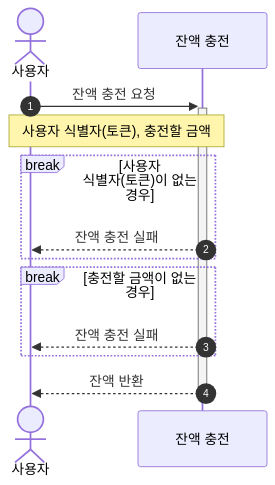
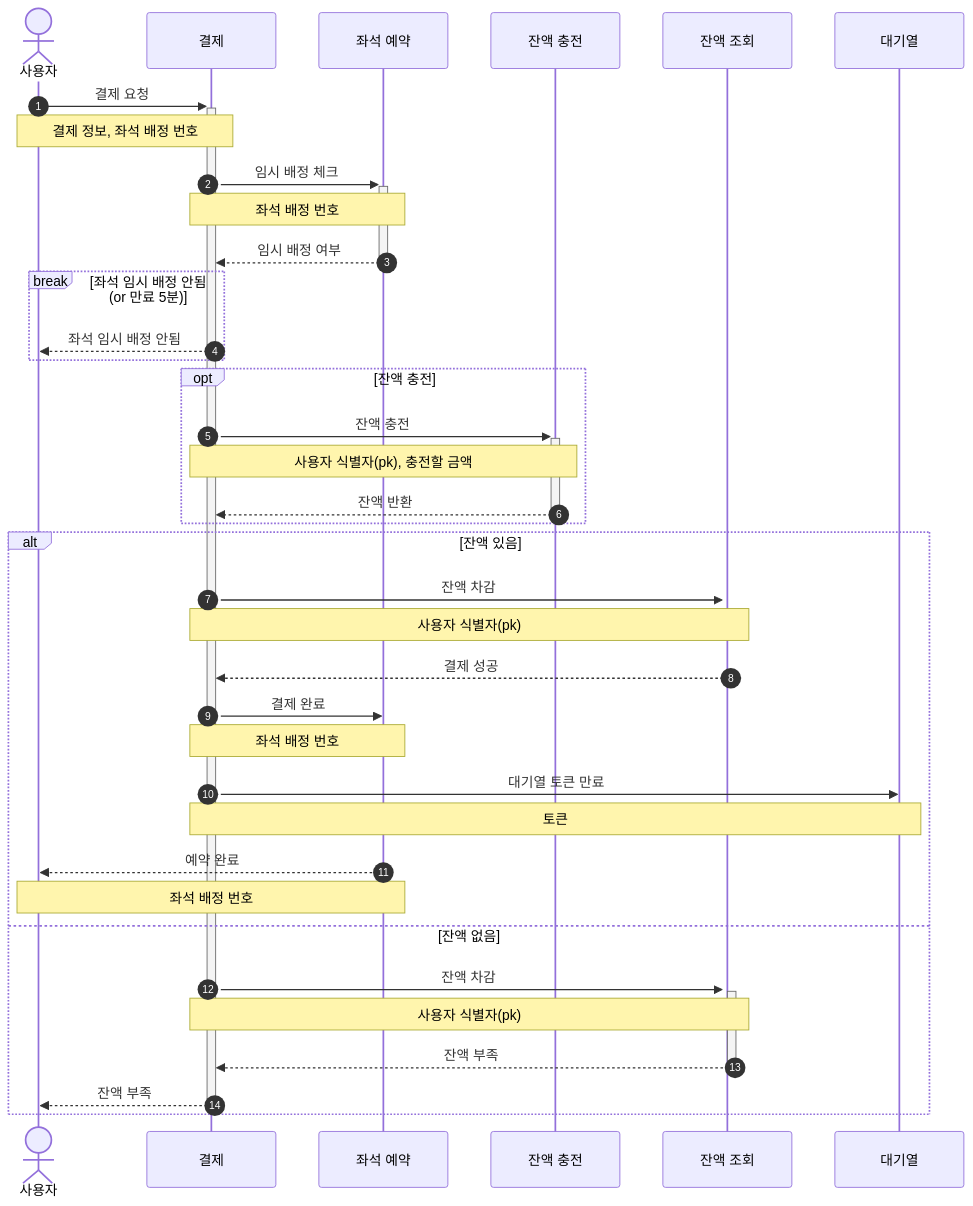
One commit to kdelay/Concert-Booking changed the eighth of 8 diagrams in README.md. Above: the diagram before and after it, drawn with Mermaid. The commit also changed other lines of this file, not shown here.

Commit message:
docs: [#1] 사용자 식별자 수정, 잔액 충전/조회 시퀀스 분리

````diff
--- a/README.md
+++ b/README.md
@@ -177,18 +171,38 @@
 ```mermaid
 sequenceDiagram
     autonumber
     actor 사용자
     
-    사용자 ->>+ 잔액 충전: 잔액 충전 요청
-    Note over 사용자, 잔액 충전: 사용자 식별자(토큰), 충전할 금액
-
-    break 사용자 식별자(토큰)이 없는 경우
-        잔액 충전 -->> 사용자: 잔액 충전 실패
+    사용자 ->>+ 결제: 결제 요청
+    Note over 사용자, 결제: 결제 정보, 좌석 배정 번호
+    결제 ->>+ 좌석 예약: 임시 배정 체크
+    Note over 결제, 좌석 예약: 좌석 배정 번호
+    좌석 예약 -->>- 결제: 임시 배정 여부
+    
+    break 좌석 임시 배정 안됨 (or 만료 5분)
+        결제 -->> 사용자: 좌석 임시 배정 안됨
     end
     
-    break 충전할 금액이 없는 경우
-        잔액 충전 -->> 사용자: 잔액 충전 실패
+    opt 잔액 충전
+      결제 ->>+ 잔액 충전: 잔액 충전
+      Note over 결제, 잔액 충전: 사용자 식별자(pk), 충전할 금액
+      잔액 충전 -->>- 결제: 잔액 반환
     end
     
-    잔액 충전 -->>- 사용자: 잔액 반환
+    alt 잔액 있음
+        결제 ->>+ 잔액 조회: 잔액 차감
+        Note over 결제, 잔액 조회: 사용자 식별자(pk)
+        잔액 조회 -->> 결제: 결제 성공
+        결제 ->> 좌석 예약: 결제 완료
+        Note over 결제, 좌석 예약: 좌석 배정 번호
+        결제 ->> 대기열: 대기열 토큰 만료
+        Note over 결제, 대기열: 토큰
+        좌석 예약 -->> 사용자: 예약 완료
+        Note over 사용자, 좌석 예약: 좌석 배정 번호
+    else 잔액 없음
+        결제 ->>+ 잔액 조회: 잔액 차감
+        Note over 결제, 잔액 조회: 사용자 식별자(pk)
+        잔액 조회 -->>- 결제: 잔액 부족
+        결제 -->>- 사용자: 잔액 부족
+    end
 ```
````
